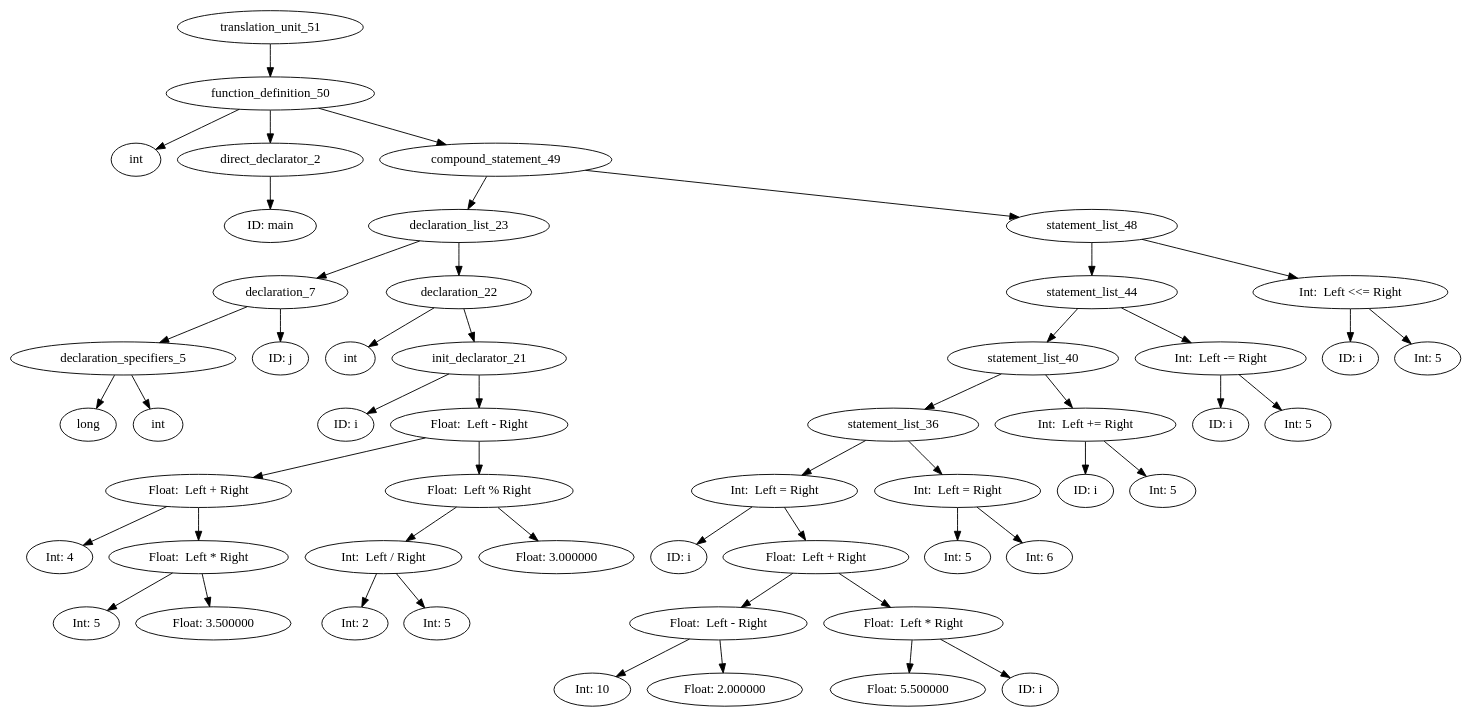
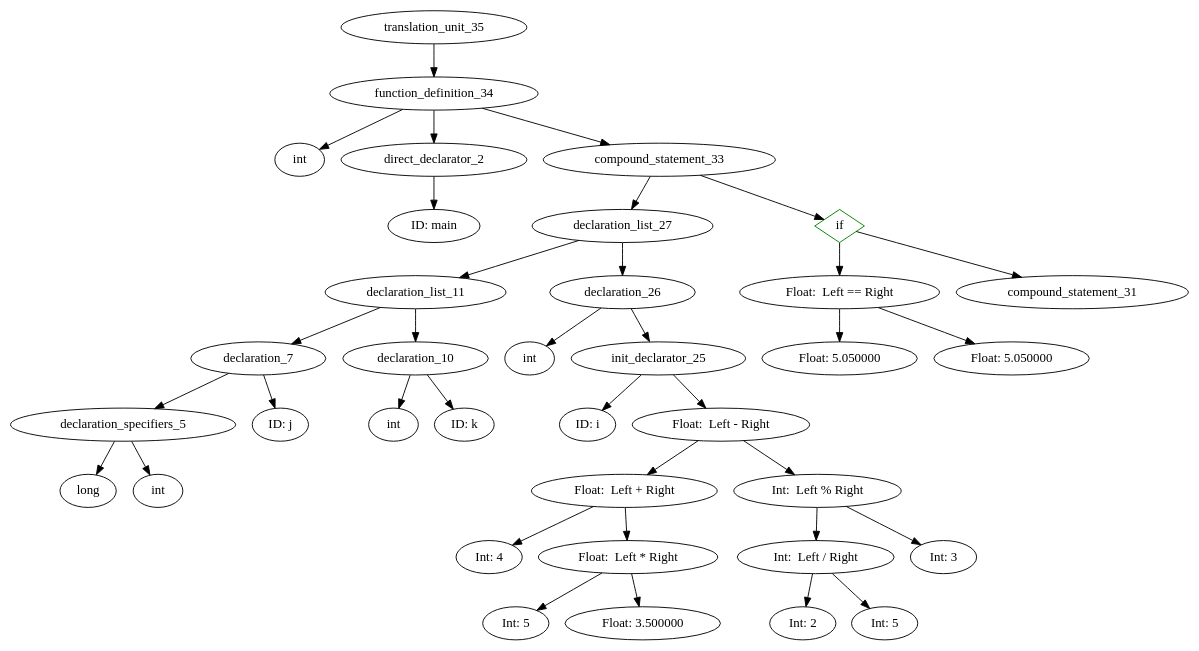
Before and after one commit to ahpalmerUNR/c_compiler: the diagram in graphs/default.gv, drawn with Graphviz. The commit also changed 6 other files, not shown here.

```diff
--- a/graphs/default.gv
+++ b/graphs/default.gv
@@ -1,92 +1,61 @@
 digraph AST {
-	translation_unit_51 -> function_definition_50;
-	function_definition_50 -> type_specifier_0;
+	translation_unit_35 -> function_definition_34;
+	function_definition_34 -> type_specifier_0;
 	type_specifier_0 [label="int"]
-	function_definition_50 -> direct_declarator_2;
+	function_definition_34 -> direct_declarator_2;
 	direct_declarator_2 -> identifier_1;
 	identifier_1 [label="ID: main"]
-	function_definition_50 -> compound_statement_49;
-	compound_statement_49 -> declaration_list_23;
-	declaration_list_23 -> declaration_7;
+	function_definition_34 -> compound_statement_33;
+	compound_statement_33 -> declaration_list_27;
+	declaration_list_27 -> declaration_list_11;
+	declaration_list_11 -> declaration_7;
 	declaration_7 -> declaration_specifiers_5;
 	declaration_specifiers_5 -> type_specifier_3;
 	type_specifier_3 [label="long"]
 	declaration_specifiers_5 -> type_specifier_4;
 	type_specifier_4 [label="int"]
 	declaration_7 -> identifier_6;
 	identifier_6 [label="ID: j"]
-	declaration_list_23 -> declaration_22;
-	declaration_22 -> type_specifier_8;
+	declaration_list_11 -> declaration_10;
+	declaration_10 -> type_specifier_8;
 	type_specifier_8 [label="int"]
-	declaration_22 -> init_declarator_21;
-	init_declarator_21 -> identifier_9;
-	identifier_9 [label="ID: i"]
-	init_declarator_21 -> unary_expression_20;
-	unary_expression_20 [label="Float:  Left - Right"]
-	unary_expression_20 -> unary_expression_14;
-	unary_expression_14 [label="Float:  Left + Right"]
-	unary_expression_14 -> constant_10;
-	constant_10 [label="Int: 4"]
-	unary_expression_14 -> unary_expression_13;
-	unary_expression_13 [label="Float:  Left * Right"]
-	unary_expression_13 -> constant_11;
-	constant_11 [label="Int: 5"]
-	unary_expression_13 -> constant_12;
-	constant_12 [label="Float: 3.500000"]
-	unary_expression_20 -> unary_expression_19;
-	unary_expression_19 [label="Float:  Left % Right"]
-	unary_expression_19 -> unary_expression_17;
-	unary_expression_17 [label="Int:  Left / Right"]
+	declaration_10 -> identifier_9;
+	identifier_9 [label="ID: k"]
+	declaration_list_27 -> declaration_26;
+	declaration_26 -> type_specifier_12;
+	type_specifier_12 [label="int"]
+	declaration_26 -> init_declarator_25;
+	init_declarator_25 -> identifier_13;
+	identifier_13 [label="ID: i"]
+	init_declarator_25 -> unary_expression_24;
+	unary_expression_24 [label="Float:  Left - Right"]
+	unary_expression_24 -> unary_expression_18;
+	unary_expression_18 [label="Float:  Left + Right"]
+	unary_expression_18 -> constant_14;
+	constant_14 [label="Int: 4"]
+	unary_expression_18 -> unary_expression_17;
+	unary_expression_17 [label="Float:  Left * Right"]
 	unary_expression_17 -> constant_15;
-	constant_15 [label="Int: 2"]
+	constant_15 [label="Int: 5"]
 	unary_expression_17 -> constant_16;
-	constant_16 [label="Int: 5"]
-	unary_expression_19 -> constant_18;
-	constant_18 [label="Float: 3.000000"]
-	compound_statement_49 -> statement_list_48;
-	statement_list_48 -> statement_list_44;
-	statement_list_44 -> statement_list_40;
-	statement_list_40 -> statement_list_36;
-	statement_list_36 -> assignment_expression_32;
-	assignment_expression_32 [label="Int:  Left = Right"]
-	assignment_expression_32 -> identifier_24;
-	identifier_24 [label="ID: i"]
-	assignment_expression_32 -> unary_expression_31;
-	unary_expression_31 [label="Float:  Left + Right"]
-	unary_expression_31 -> unary_expression_27;
-	unary_expression_27 [label="Float:  Left - Right"]
-	unary_expression_27 -> constant_25;
-	constant_25 [label="Int: 10"]
-	unary_expression_27 -> constant_26;
-	constant_26 [label="Float: 2.000000"]
-	unary_expression_31 -> unary_expression_30;
-	unary_expression_30 [label="Float:  Left * Right"]
-	unary_expression_30 -> constant_28;
-	constant_28 [label="Float: 5.500000"]
-	unary_expression_30 -> identifier_29;
-	identifier_29 [label="ID: i"]
-	statement_list_36 -> assignment_expression_35;
-	assignment_expression_35 [label="Int:  Left = Right"]
-	assignment_expression_35 -> constant_33;
-	constant_33 [label="Int: 5"]
-	assignment_expression_35 -> constant_34;
-	constant_34 [label="Int: 6"]
-	statement_list_40 -> assignment_expression_39;
-	assignment_expression_39 [label="Int:  Left += Right"]
-	assignment_expression_39 -> identifier_37;
-	identifier_37 [label="ID: i"]
-	assignment_expression_39 -> constant_38;
-	constant_38 [label="Int: 5"]
-	statement_list_44 -> assignment_expression_43;
-	assignment_expression_43 [label="Int:  Left -= Right"]
-	assignment_expression_43 -> identifier_41;
-	identifier_41 [label="ID: i"]
-	assignment_expression_43 -> constant_42;
-	constant_42 [label="Int: 5"]
-	statement_list_48 -> assignment_expression_47;
-	assignment_expression_47 [label="Int:  Left <<= Right"]
-	assignment_expression_47 -> identifier_45;
-	identifier_45 [label="ID: i"]
-	assignment_expression_47 -> constant_46;
-	constant_46 [label="Int: 5"]
+	constant_16 [label="Float: 3.500000"]
+	unary_expression_24 -> unary_expression_23;
+	unary_expression_23 [label="Int:  Left % Right"]
+	unary_expression_23 -> unary_expression_21;
+	unary_expression_21 [label="Int:  Left / Right"]
+	unary_expression_21 -> constant_19;
+	constant_19 [label="Int: 2"]
+	unary_expression_21 -> constant_20;
+	constant_20 [label="Int: 5"]
+	unary_expression_23 -> constant_22;
+	constant_22 [label="Int: 3"]
+	compound_statement_33 -> selection_statement_32;
+	selection_statement_32 [shape=diamond,color=green,label="if"]
+	selection_statement_32 -> equality_expression_30;
+	equality_expression_30 [label="Float:  Left == Right"]
+	equality_expression_30 -> constant_28;
+	constant_28 [label="Float: 5.050000"]
+	equality_expression_30 -> constant_29;
+	constant_29 [label="Float: 5.050000"]
+	selection_statement_32 -> compound_statement_31;
 }
```
